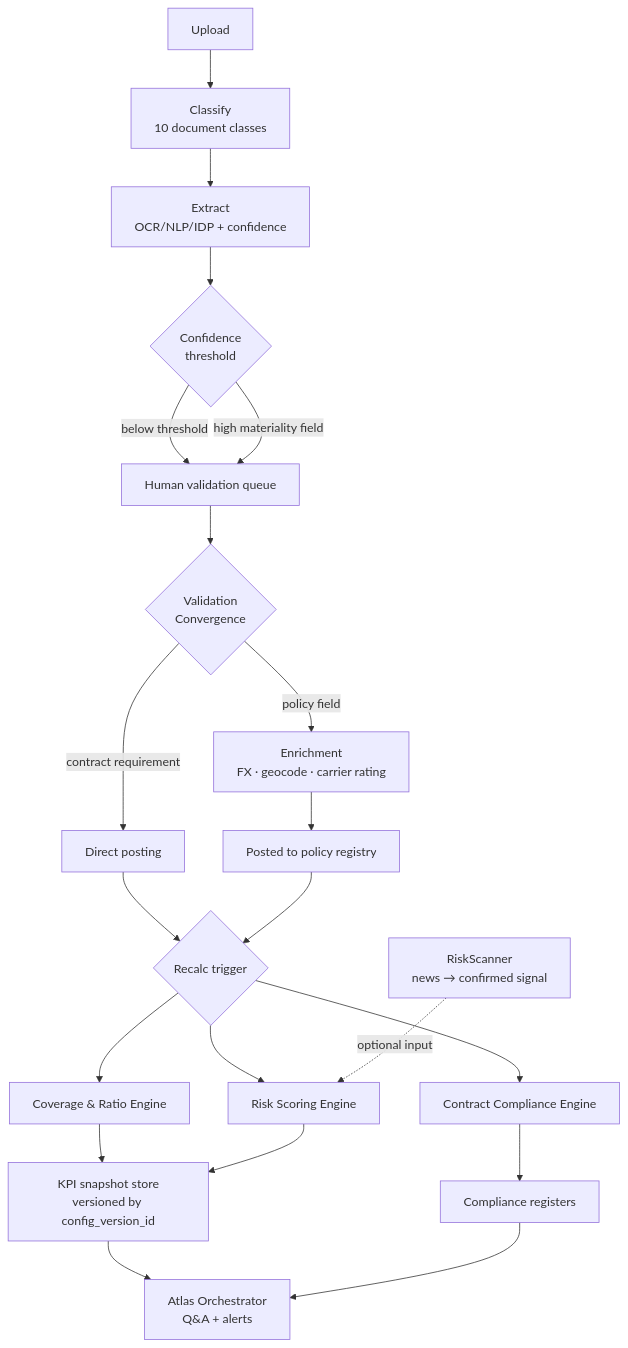
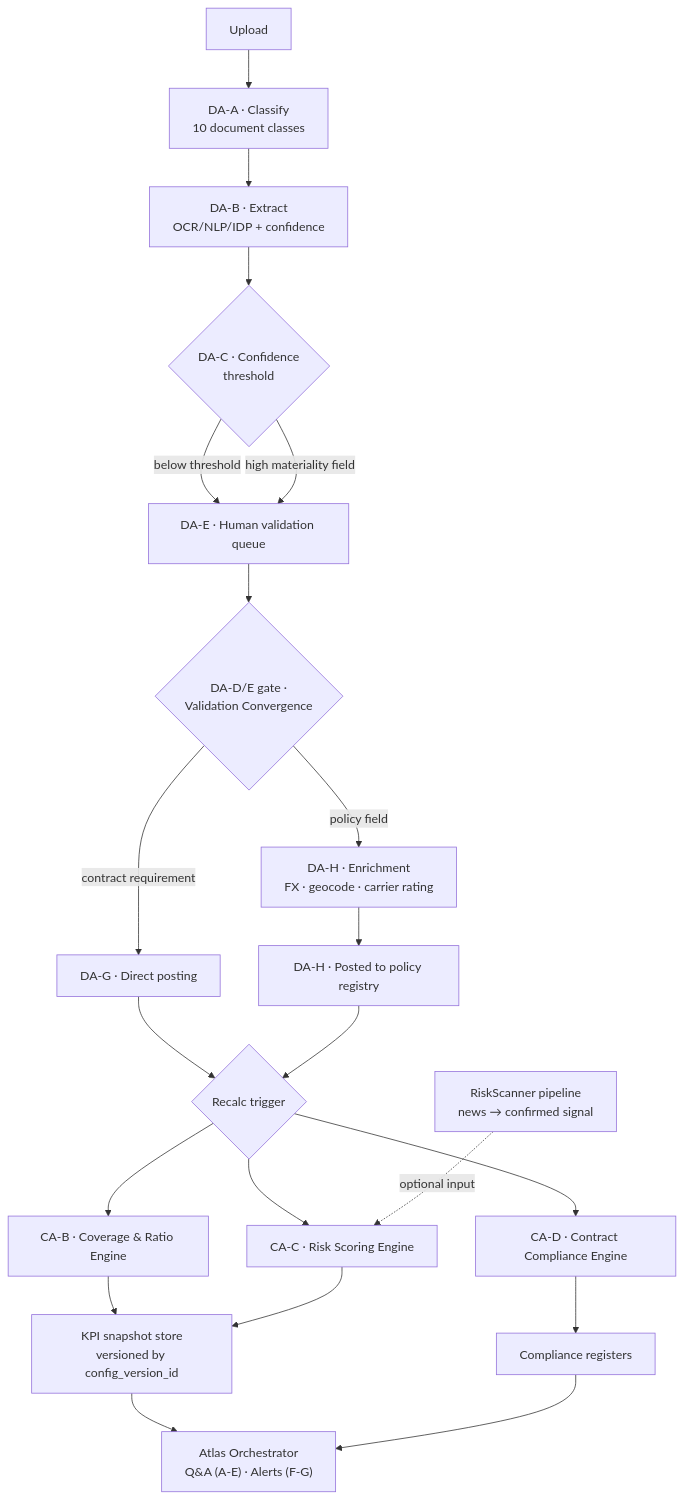
The fourth of 6 diagrams in README.md (dayltan-sudo/risk-compliance), drawn with Mermaid before and after one commit. The commit also changed other lines of this file, not shown here.

First line of the commit message:
Remove KYC from Sentinel README, split TPA/Atlas flows into cross-referenced diagrams

````diff
--- a/README.md
+++ b/README.md
@@ -147,23 +143,23 @@
 ```mermaid
 flowchart TD
-    U[Upload] --> A1[Classify<br/>10 document classes]
-    A1 --> A2[Extract<br/>OCR/NLP/IDP + confidence]
-    A2 --> A3{Confidence<br/>threshold}
-    A3 -->|below threshold| A4[Human validation queue]
+    U[Upload] --> A1["DA-A · Classify<br/>10 document classes"]
+    A1 --> A2["DA-B · Extract<br/>OCR/NLP/IDP + confidence"]
+    A2 --> A3{"DA-C · Confidence<br/>threshold"}
+    A3 -->|below threshold| A4["DA-E · Human validation queue"]
     A3 -->|high materiality field| A4
-    A4 --> A5{Validation<br/>Convergence}
-    A5 -->|contract requirement| A6[Direct posting]
-    A5 -->|policy field| A7[Enrichment<br/>FX · geocode · carrier rating]
-    A7 --> A8[Posted to policy registry]
+    A4 --> A5{"DA-D/E gate ·<br/>Validation Convergence"}
+    A5 -->|contract requirement| A6["DA-G · Direct posting"]
+    A5 -->|policy field| A7["DA-H · Enrichment<br/>FX · geocode · carrier rating"]
+    A7 --> A8["DA-H · Posted to policy registry"]
     A6 --> C1
     A8 --> C1{Recalc trigger}
-    C1 --> C2[Coverage & Ratio Engine]
-    C1 --> C3[Risk Scoring Engine]
-    C1 --> C4[Contract Compliance Engine]
+    C1 --> C2["CA-B · Coverage & Ratio Engine"]
+    C1 --> C3["CA-C · Risk Scoring Engine"]
+    C1 --> C4["CA-D · Contract Compliance Engine"]
     C2 --> S[KPI snapshot store<br/>versioned by config_version_id]
     C3 --> S
     C4 --> R[Compliance registers]
-    S --> O[Atlas Orchestrator<br/>Q&A + alerts]
+    S --> O["Atlas Orchestrator<br/>Q&A (A-E) · Alerts (F-G)"]
     R --> O
-    N[RiskScanner<br/>news → confirmed signal] -.optional input.-> C3
+    N["RiskScanner pipeline<br/>news → confirmed signal"] -.optional input.-> C3
 ```
````
